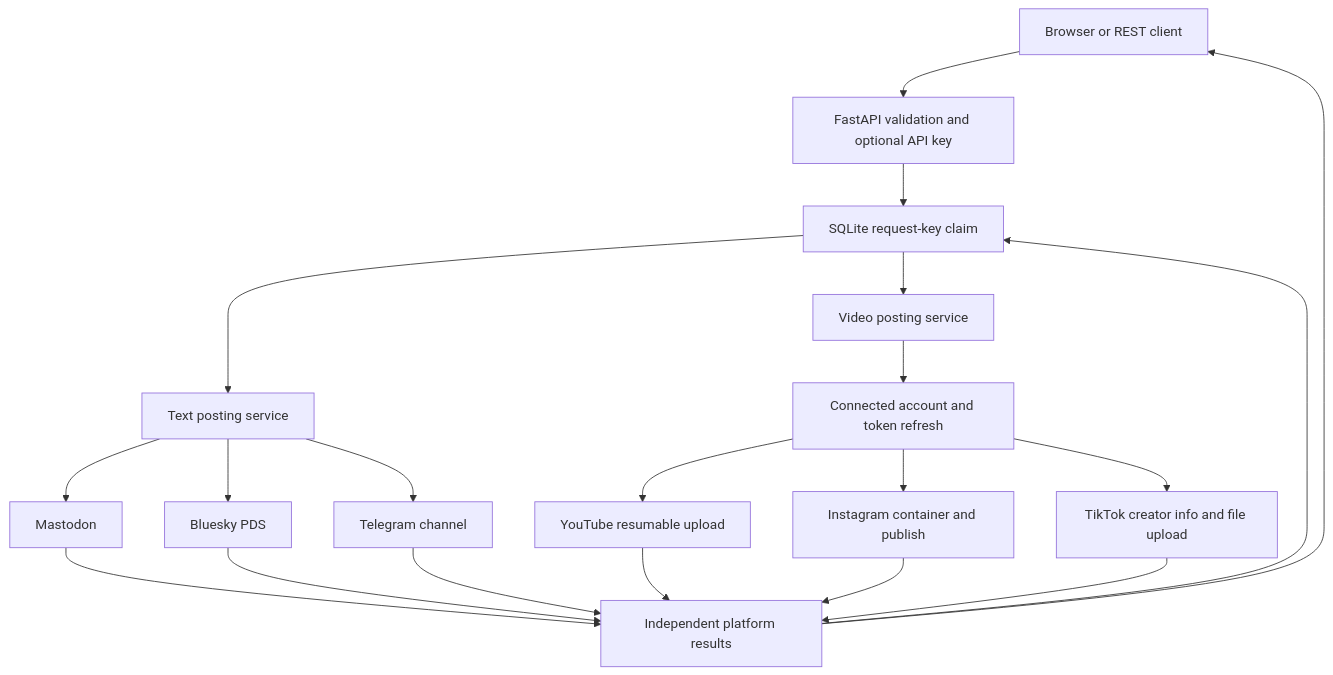
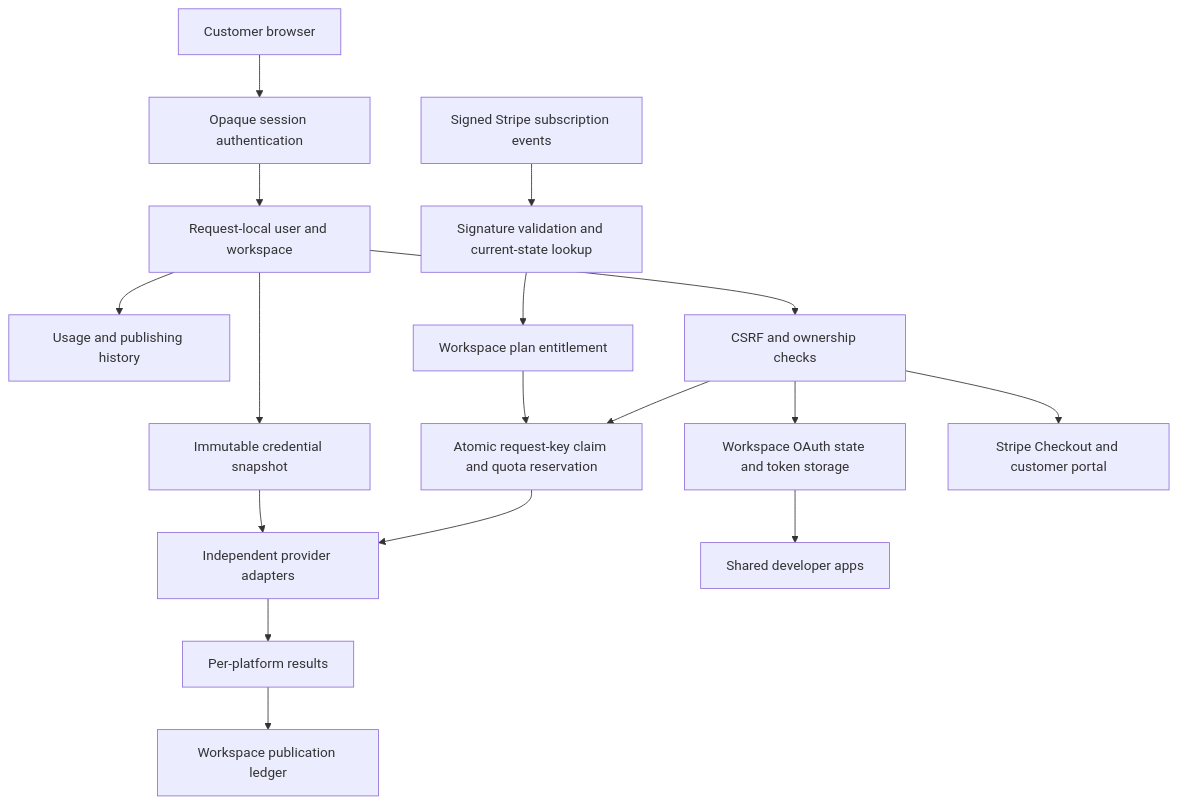
The diagram in artchitectrue.md (umerfaro/automated-posting), drawn with Mermaid before and after one commit. The commit also changed other lines of this file and 20 other files, not shown here.

Commit message:
Convert Dispatch into a workspace SaaS with authentication and Stripe billing

````diff
--- a/artchitectrue.md
+++ b/artchitectrue.md
@@ -11,22 +13,19 @@
-~~~mermaid
+```mermaid
 flowchart TD
-    Client[Browser or REST client] --> API[FastAPI validation and optional API key]
-    API --> Store[SQLite request-key claim]
-    Store --> Text[Text posting service]
-    Store --> Video[Video posting service]
-    Text --> Mastodon[Mastodon]
-    Text --> Bluesky[Bluesky PDS]
-    Text --> Telegram[Telegram channel]
-    Video --> OAuth[Connected account and token refresh]
-    OAuth --> YouTube[YouTube resumable upload]
-    OAuth --> Instagram[Instagram container and publish]
-    OAuth --> TikTok[TikTok creator info and file upload]
-    Mastodon --> Result[Independent platform results]
-    Bluesky --> Result
-    Telegram --> Result
-    YouTube --> Result
-    Instagram --> Result
-    TikTok --> Result
-    Result --> Store
-    Result --> Client
-~~~
+    Browser[Customer browser] --> Session[Opaque session authentication]
+    Session --> Tenant[Request-local user and workspace]
+    Tenant --> Config[Immutable credential snapshot]
+    Tenant --> Dashboard[Usage and publishing history]
+    Tenant --> Guard[CSRF and ownership checks]
+    Guard --> Claim[Atomic request-key claim and quota reservation]
+    Claim --> Publish[Independent provider adapters]
+    Config --> Publish
+    Publish --> Result[Per-platform results]
+    Result --> History[Workspace publication ledger]
+    Guard --> Connect[Workspace OAuth state and token storage]
+    Connect --> Provider[Shared developer apps]
+    Guard --> Checkout[Stripe Checkout and customer portal]
+    Stripe[Signed Stripe subscription events] --> Verify[Signature validation and current-state lookup]
+    Verify --> Entitlement[Workspace plan entitlement]
+    Entitlement --> Claim
+```
````
